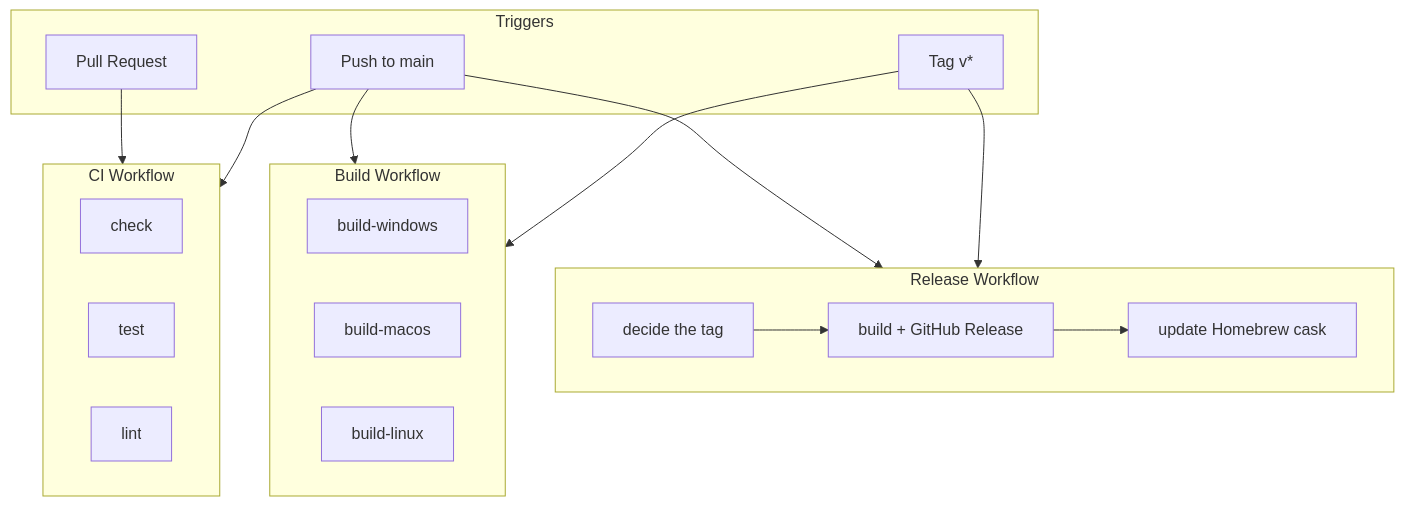
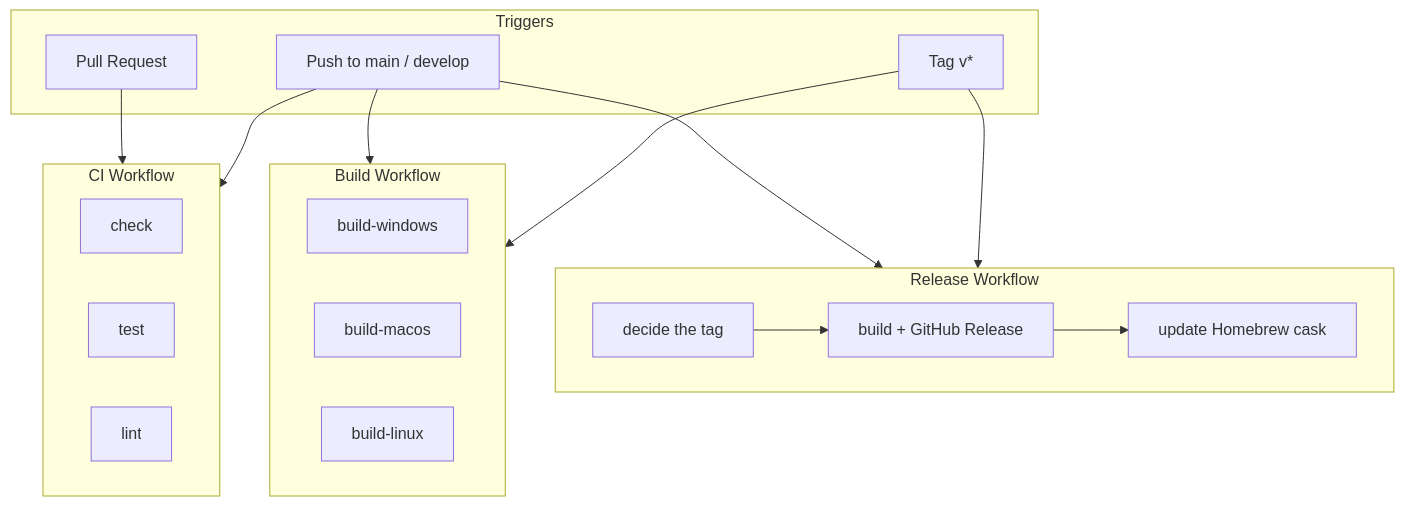
The diagram in docs-site/docs/development/ci.md (koedame/jamjam-client), drawn with Mermaid before and after one commit. The commit also changed other lines of this file and 9 other files, not shown here.

````diff
--- a/docs-site/docs/development/ci.md
+++ b/docs-site/docs/development/ci.md
@@ -26,34 +26,34 @@
 ```mermaid
 flowchart TD
     subgraph Triggers
         PR[Pull Request]
-        Push[Push to main]
+        Push[Push to main / develop]
         Tag[Tag v*]
     end
 
     subgraph CI["CI Workflow"]
         Check[check]
         Test[test]
         Lint[lint]
     end
 
     subgraph Build["Build Workflow"]
         BuildWin[build-windows]
         BuildMac[build-macos]
         BuildLinux[build-linux]
     end
 
     subgraph Release["Release Workflow"]
         Prepare[decide the tag]
         Publish[build + GitHub Release]
         Cask[update Homebrew cask]
     end
 
     PR --> CI
     Push --> CI
     Push --> Build
     Tag --> Build
     Push --> Release
     Tag --> Release
     Prepare --> Publish --> Cask
 ```
````
